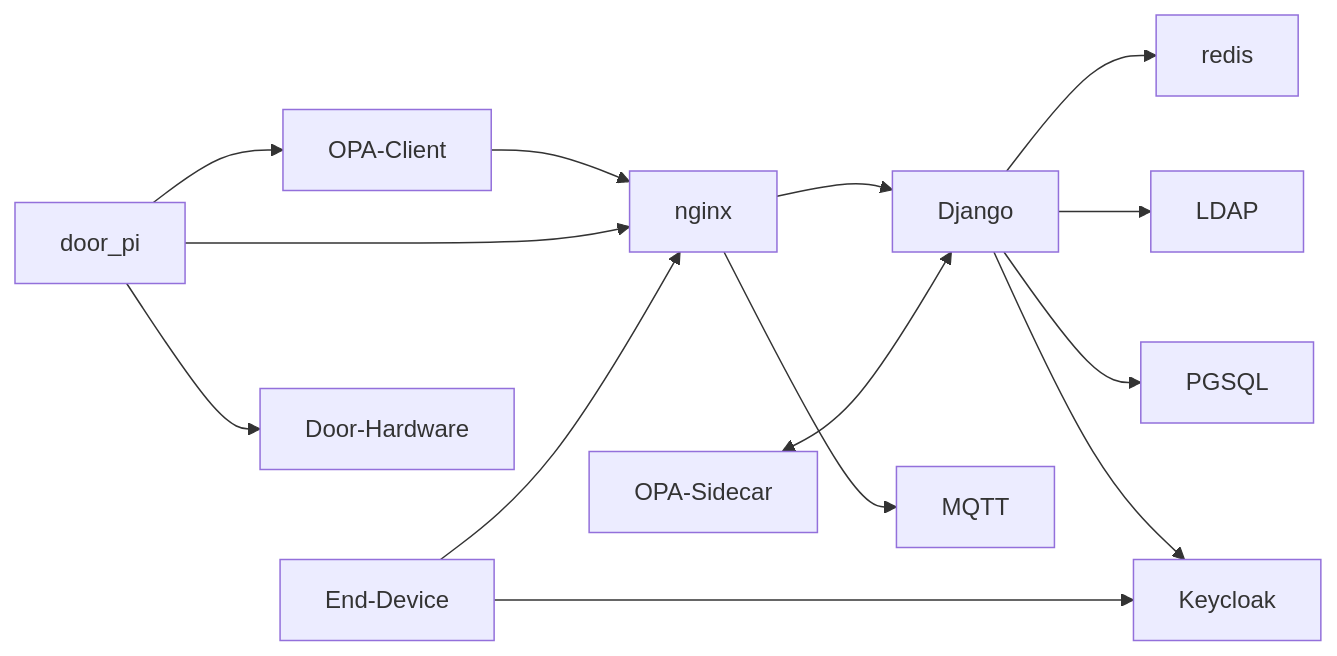
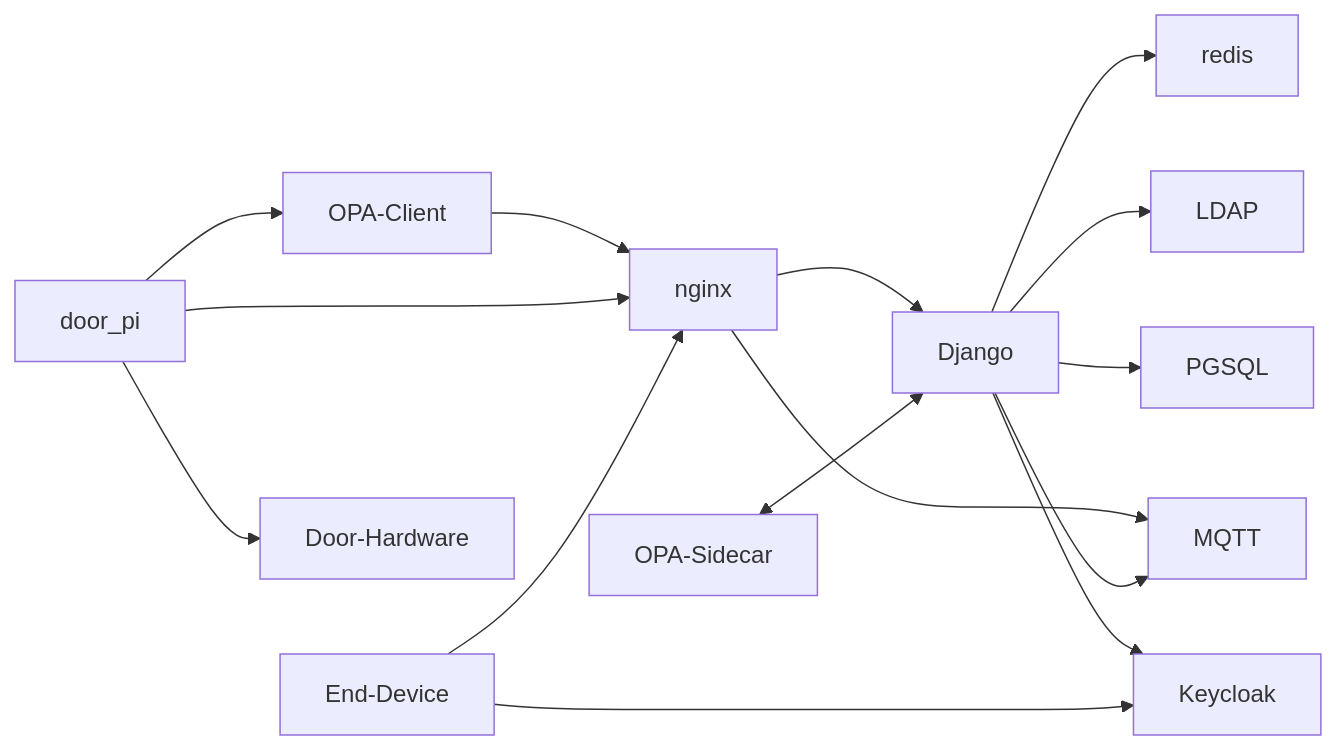
The first of 2 diagrams in README.md (phi1010/django_application_framework), drawn with Mermaid before and after one commit.

````diff
--- a/README.md
+++ b/README.md
@@ -51,17 +51,18 @@
 ```mermaid
 flowchart LR
 
 nginx --> Django
 nginx --> MQTT
 OPA-Sidecar <--> Django
 OPA-Client --> nginx
 door_pi --> nginx
 Django --> redis
 Django --> LDAP
 Django --> PGSQL
+Django --> MQTT
 Django --> Keycloak
 End-Device --> nginx
 End-Device --> Keycloak
 door_pi --> Door-Hardware
 door_pi --> OPA-Client
 ```
````
